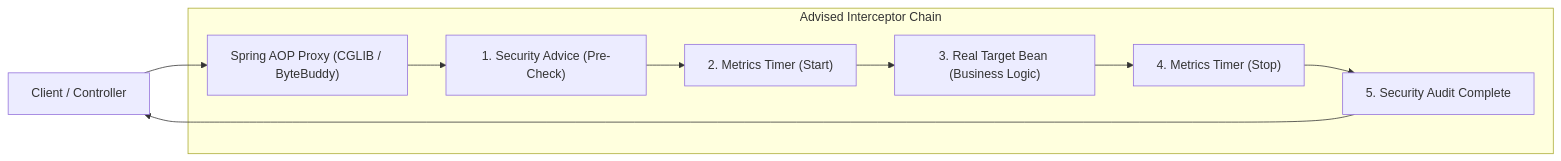
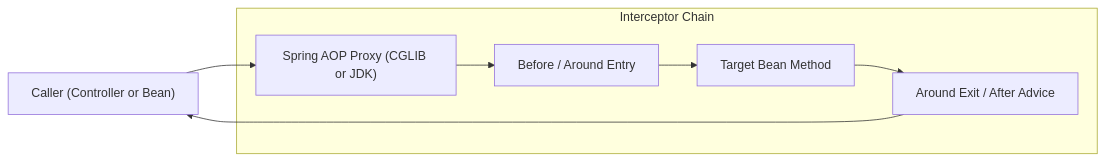
The second of 4 diagrams in content/roadmap/level-8/aspect-oriented-programming-aop.md (ravishankar2463/java_hub), drawn with Mermaid before and after one commit. The commit also changed other lines of this file and 119 other files, not shown here.

Commit message:
feat: add comprehensive java learning roadmap content across multiple levels

````diff
--- a/content/roadmap/level-8/aspect-oriented-programming-aop.md
+++ b/content/roadmap/level-8/aspect-oriented-programming-aop.md
@@ -85,14 +108,10 @@
 ```mermaid
 flowchart LR
-    Caller["Client / Controller"] --> Proxy["Spring AOP Proxy (CGLIB / ByteBuddy)"]
-    
-    subgraph "Advised Interceptor Chain"
-        Proxy --> Advice1["1. Security Advice (Pre-Check)"]
-        Advice1 --> Advice2["2. Metrics Timer (Start)"]
-        Advice2 --> Target["3. Real Target Bean (Business Logic)"]
-        Target --> Advice2End["4. Metrics Timer (Stop)"]
-        Advice2End --> Advice1End["5. Security Audit Complete"]
+    Caller["Caller (Controller or Bean)"] --> Proxy["Spring AOP Proxy (CGLIB or JDK)"]
+    subgraph Chain["Interceptor Chain"]
+        Proxy --> A1["Before / Around Entry"]
+        A1 --> Target["Target Bean Method"]
+        Target --> A2["Around Exit / After Advice"]
     end
-    
-    Advice1End --> Caller
+    A2 --> Caller
 ```
````
